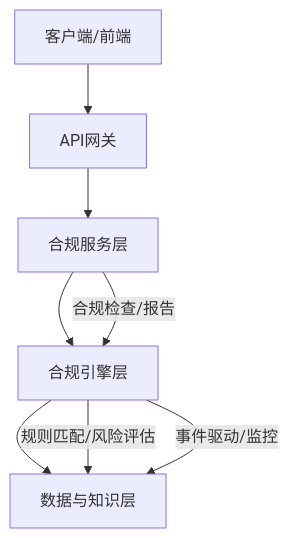
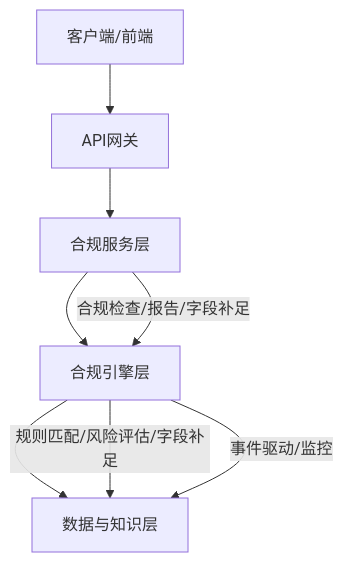
One commit to angledick/- changed the second of 10 diagrams in .qoder/repowiki/zh/content/核心业务模块/合规检查系统/合规检查系统.md. Above: the diagram before and after it, drawn with Mermaid. The commit also changed other lines of this file and 770 other files, not shown here.

````diff
--- a/.qoder/repowiki/zh/content/核心业务模块/合规检查系统/合规检查系统.md
+++ b/.qoder/repowiki/zh/content/核心业务模块/合规检查系统/合规检查系统.md
@@ -119,10 +139,10 @@
 ```mermaid
 graph TB
 Client["客户端/前端"] --> API["API网关"]
 API --> Service["合规服务层"]
 Service --> Engine["合规引擎层"]
 Engine --> Data["数据与知识层"]
-Service --> |"合规检查/报告"| Engine
-Engine --> |"规则匹配/风险评估"| Data
+Service --> |"合规检查/报告/字段补足"| Engine
+Engine --> |"规则匹配/风险评估/字段补足"| Data
 Engine --> |"事件驱动/监控"| Data
 ```
````
